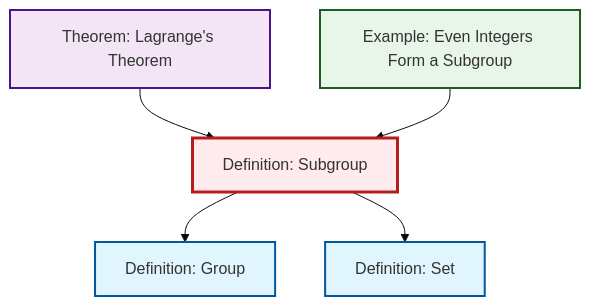
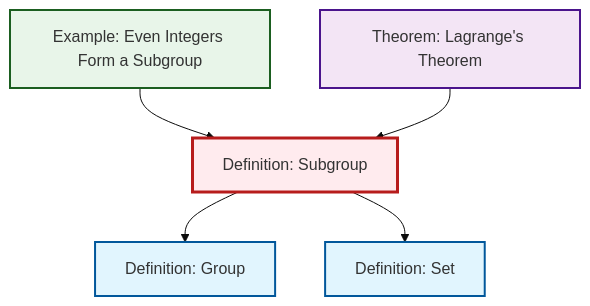
The diagram in output/mermaid/def-subgroup.mermaid (RK0429/ModernMath), drawn with Mermaid (base theme) before and after one commit. The commit also changed other lines of this file and 1112 other files, not shown here.

````diff
--- a/output/mermaid/def-subgroup.mermaid
+++ b/output/mermaid/def-subgroup.mermaid
@@ -1,19 +1,19 @@
 ```{mermaid}
 %%| fig-cap: "Local dependency graph"
 graph TD
     classDef definition fill:#e1f5fe,stroke:#01579b,stroke-width:2px
     classDef theorem fill:#f3e5f5,stroke:#4a148c,stroke-width:2px
     classDef axiom fill:#fff3e0,stroke:#e65100,stroke-width:2px
     classDef example fill:#e8f5e9,stroke:#1b5e20,stroke-width:2px
     classDef current fill:#ffebee,stroke:#b71c1c,stroke-width:3px
+    thm-lagrange["Theorem: Lagrange's Theorem"]:::theorem
+    def-subgroup["Definition: Subgroup"]:::definition
+    def-group["Definition: Group"]:::definition
+    def-set["Definition: Set"]:::definition
     ex-even-integers-subgroup["Example: Even Integers Form a Subgroup"]:::example
-    thm-lagrange["Theorem: Lagrange's Theorem"]:::theorem
-    def-set["Definition: Set"]:::definition
-    def-group["Definition: Group"]:::definition
-    def-subgroup["Definition: Subgroup"]:::definition
-    thm-lagrange --> def-subgroup
     def-subgroup --> def-group
     ex-even-integers-subgroup --> def-subgroup
     def-subgroup --> def-set
+    thm-lagrange --> def-subgroup
     class def-subgroup current
 ```
````
